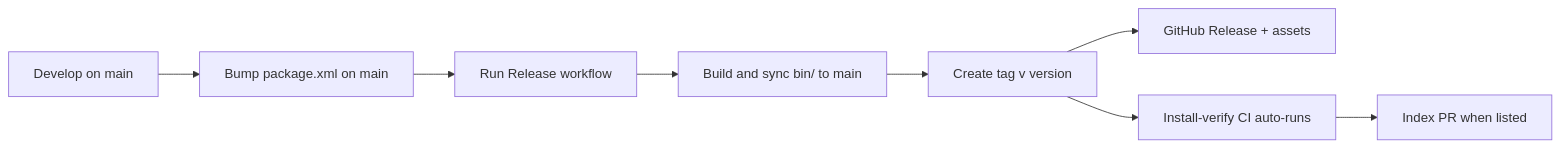
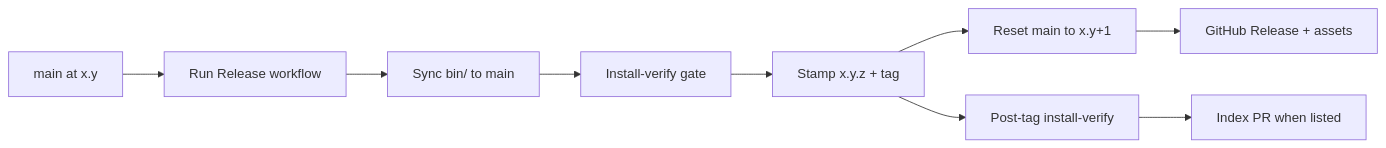
Before and after one commit to CREATeNG/freecad-mcp-bridge: the diagram in DEVELOPMENT.md, drawn with Mermaid. The commit also changed other lines of this file and 3 other files, not shown here.

First line of the commit message:
Add atomic release publish orchestrator for stamp/tag/reset

````diff
--- a/DEVELOPMENT.md
+++ b/DEVELOPMENT.md
@@ -66,10 +77,11 @@
 ```mermaid
 flowchart LR
-  dev[Develop on main] --> bump[Bump package.xml on main]
-  bump --> release[Run Release workflow]
-  release --> bins[Build and sync bin/ to main]
-  bins --> tag[Create tag v version]
-  tag --> ghrel[GitHub Release + assets]
-  tag --> verify[Install-verify CI auto-runs]
-  verify --> index[Index PR when listed]
+  dev[main at x.y] --> release[Run Release workflow]
+  release --> bins[Sync bin/ to main]
+  bins --> verify[Install-verify gate]
+  verify --> stamp[Stamp x.y.z + tag]
+  stamp --> reset[Reset main to x.y+1]
+  reset --> ghrel[GitHub Release + assets]
+  stamp --> postverify[Post-tag install-verify]
+  postverify --> index[Index PR when listed]
 ```
````
